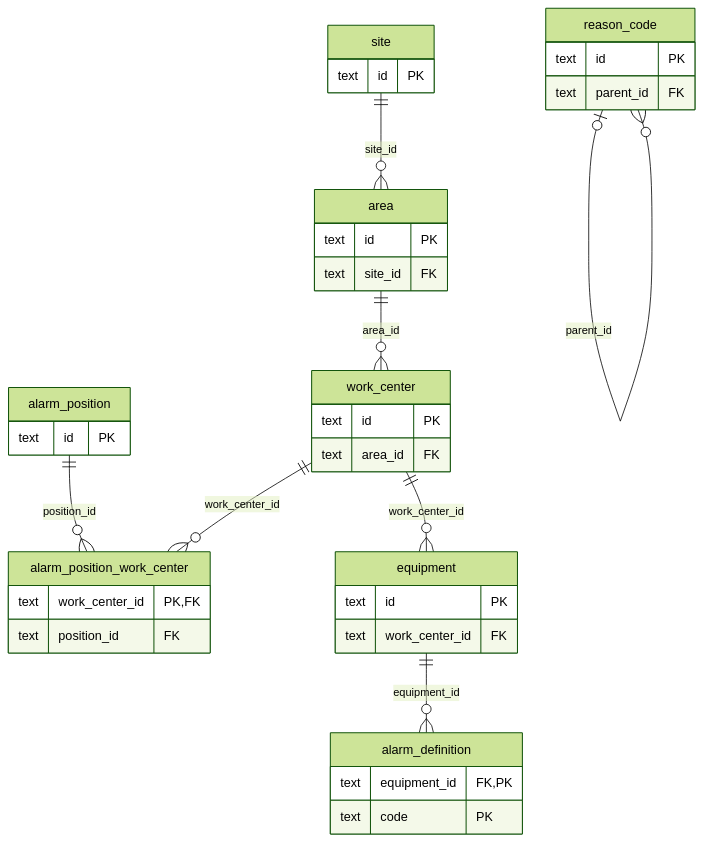
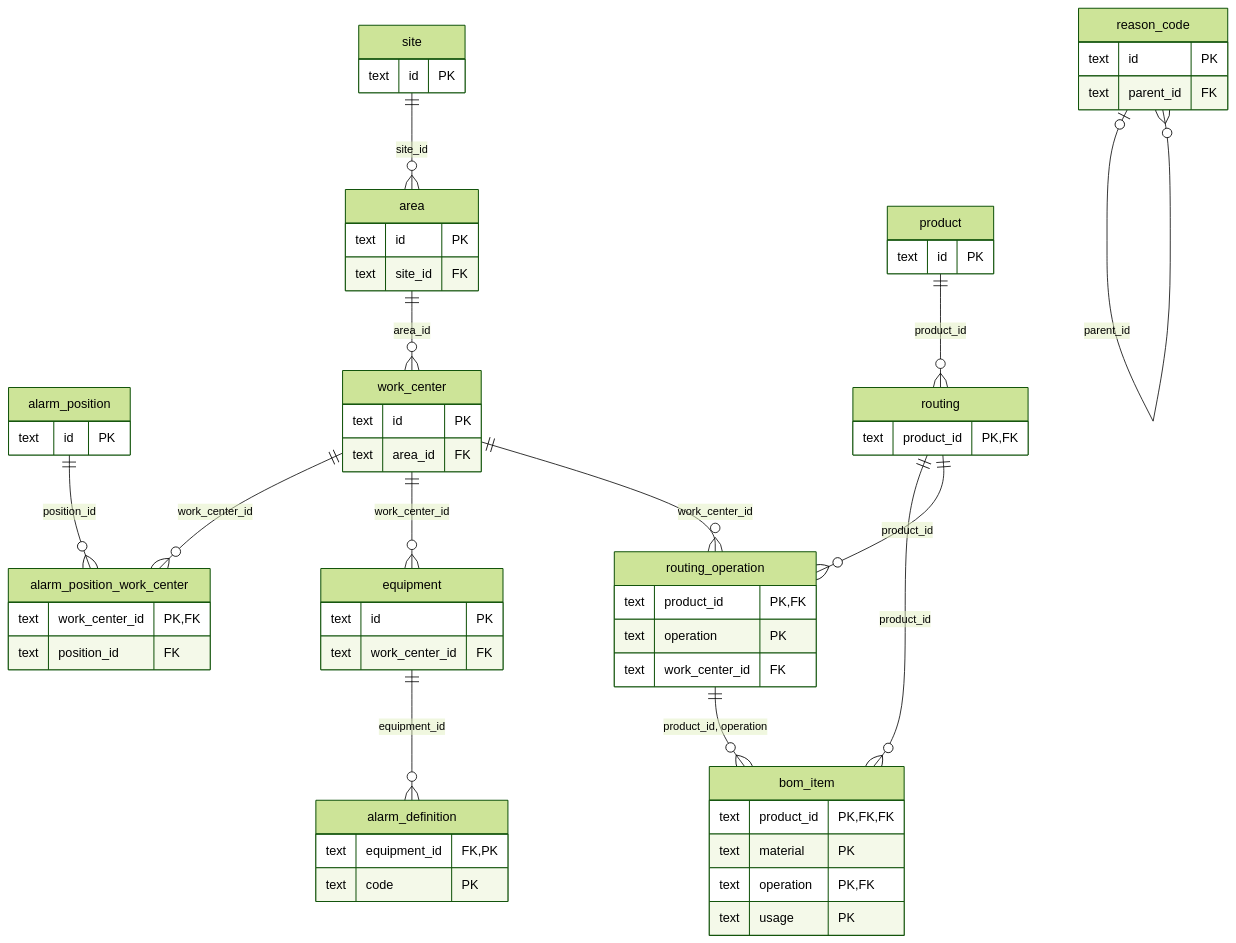
The first of 5 diagrams in docs/data-model.md (kubilayture/shopfloor-twin), drawn with Mermaid (forest theme) before and after one commit. The commit also changed other lines of this file and 55 other files, not shown here.

````diff
--- a/docs/data-model.md
+++ b/docs/data-model.md
@@ -143,40 +167,62 @@
 ```mermaid
 erDiagram
   alarm_definition {
     text equipment_id FK, PK
     text code PK
   }
   alarm_position {
     text id PK
   }
   alarm_position_work_center {
     text work_center_id PK, FK
     text position_id FK
   }
   area {
     text id PK
     text site_id FK
   }
+  bom_item {
+    text product_id PK, FK, FK
+    text material PK
+    text operation PK, FK
+    text usage PK
+  }
   equipment {
     text id PK
     text work_center_id FK
   }
+  product {
+    text id PK
+  }
   reason_code {
     text id PK
     text parent_id FK
+  }
+  routing {
+    text product_id PK, FK
+  }
+  routing_operation {
+    text product_id PK, FK
+    text operation PK
+    text work_center_id FK
   }
   site {
     text id PK
   }
   work_center {
     text id PK
     text area_id FK
   }
   equipment ||--o{ alarm_definition : "equipment_id"
   alarm_position ||--o{ alarm_position_work_center : "position_id"
   work_center ||--o{ alarm_position_work_center : "work_center_id"
   site ||--o{ area : "site_id"
+  routing ||--o{ bom_item : "product_id"
+  routing_operation ||--o{ bom_item : "product_id, operation"
   work_center ||--o{ equipment : "work_center_id"
   reason_code |o--o{ reason_code : "parent_id"
+  product ||--o{ routing : "product_id"
+  routing ||--o{ routing_operation : "product_id"
+  work_center ||--o{ routing_operation : "work_center_id"
   area ||--o{ work_center : "area_id"
 ```
````
